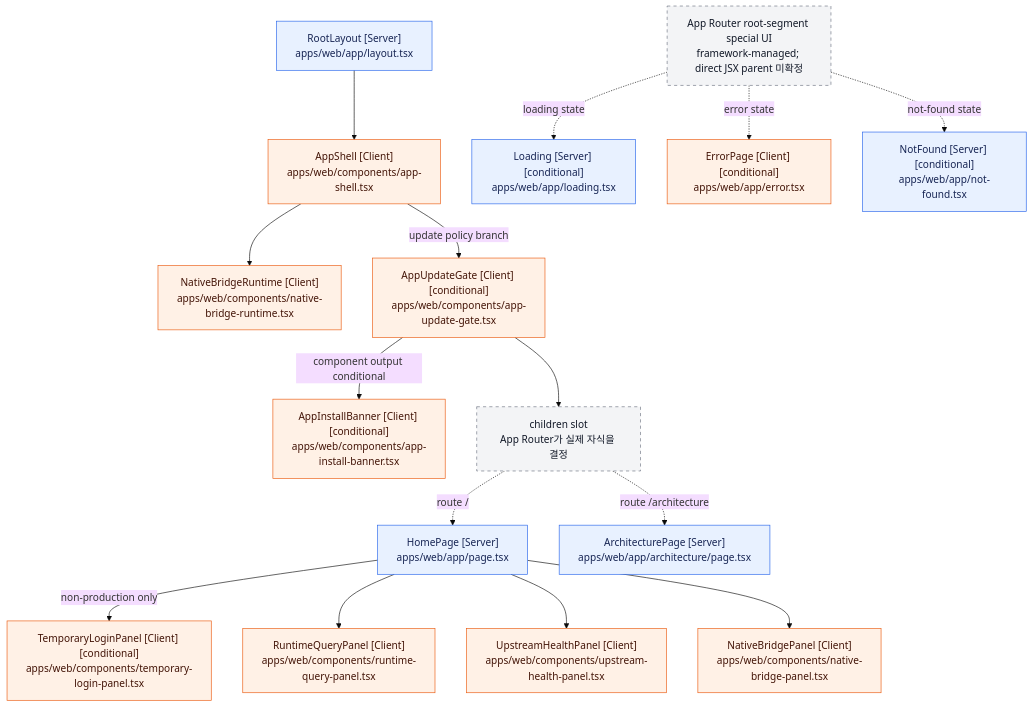
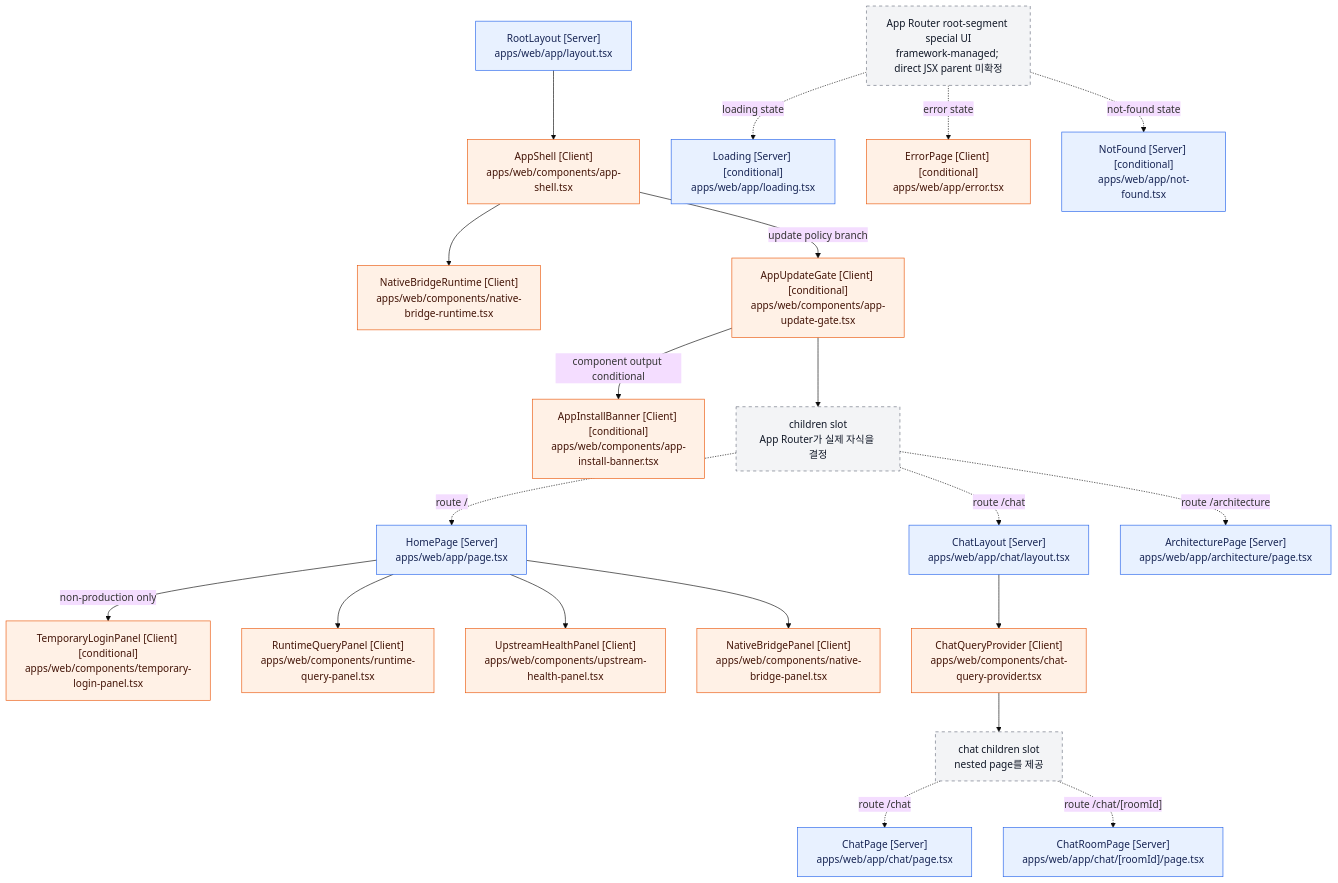
One commit to mokpombc17-coder/CIVIC-AI changed the diagram in docs/architecture/react-component-tree.md. Above: the diagram before and after it, drawn with Mermaid (base theme). The commit also changed other lines of this file and 8 other files, not shown here.

Commit message:
feat(web): add chat screens and query provider

````diff
--- a/docs/architecture/react-component-tree.md
+++ b/docs/architecture/react-component-tree.md
@@ -79,48 +102,60 @@
 ```mermaid
 flowchart TD
     RootLayout["RootLayout [Server]<br/>apps/web/app/layout.tsx"]
     AppShell["AppShell [Client]<br/>apps/web/components/app-shell.tsx"]
     NativeBridgeRuntime["NativeBridgeRuntime [Client]<br/>apps/web/components/native-bridge-runtime.tsx"]
     AppUpdateGate["AppUpdateGate [Client] [conditional]<br/>apps/web/components/app-update-gate.tsx"]
     AppInstallBanner["AppInstallBanner [Client] [conditional]<br/>apps/web/components/app-install-banner.tsx"]
     ChildrenSlot["children slot<br/>App Router가 실제 자식을 결정"]
 
     HomePage["HomePage [Server]<br/>apps/web/app/page.tsx"]
     TemporaryLoginPanel["TemporaryLoginPanel [Client] [conditional]<br/>apps/web/components/temporary-login-panel.tsx"]
     RuntimeQueryPanel["RuntimeQueryPanel [Client]<br/>apps/web/components/runtime-query-panel.tsx"]
     UpstreamHealthPanel["UpstreamHealthPanel [Client]<br/>apps/web/components/upstream-health-panel.tsx"]
     NativeBridgePanel["NativeBridgePanel [Client]<br/>apps/web/components/native-bridge-panel.tsx"]
+
+    ChatLayout["ChatLayout [Server]<br/>apps/web/app/chat/layout.tsx"]
+    ChatQueryProvider["ChatQueryProvider [Client]<br/>apps/web/components/chat-query-provider.tsx"]
+    ChatChildrenSlot["chat children slot<br/>nested page를 제공"]
+    ChatPage["ChatPage [Server]<br/>apps/web/app/chat/page.tsx"]
+    ChatRoomPage["ChatRoomPage [Server]<br/>apps/web/app/chat/[roomId]/page.tsx"]
 
     ArchitecturePage["ArchitecturePage [Server]<br/>apps/web/app/architecture/page.tsx"]
 
     SpecialBoundary["App Router root-segment special UI<br/>framework-managed; direct JSX parent 미확정"]
     Loading["Loading [Server] [conditional]<br/>apps/web/app/loading.tsx"]
     ErrorPage["ErrorPage [Client] [conditional]<br/>apps/web/app/error.tsx"]
     NotFound["NotFound [Server] [conditional]<br/>apps/web/app/not-found.tsx"]
 
     RootLayout --> AppShell
     AppShell --> NativeBridgeRuntime
     AppShell -->|"update policy branch"| AppUpdateGate
     AppUpdateGate -->|"component output conditional"| AppInstallBanner
     AppUpdateGate --> ChildrenSlot
 
     ChildrenSlot -. "route /" .-> HomePage
     HomePage -->|"non-production only"| TemporaryLoginPanel
     HomePage --> RuntimeQueryPanel
     HomePage --> UpstreamHealthPanel
     HomePage --> NativeBridgePanel
 
+    ChildrenSlot -. "route /chat" .-> ChatLayout
+    ChatLayout --> ChatQueryProvider
+    ChatQueryProvider --> ChatChildrenSlot
+    ChatChildrenSlot -. "route /chat" .-> ChatPage
+    ChatChildrenSlot -. "route /chat/[roomId]" .-> ChatRoomPage
+
     ChildrenSlot -. "route /architecture" .-> ArchitecturePage
 
     SpecialBoundary -. "loading state" .-> Loading
     SpecialBoundary -. "error state" .-> ErrorPage
     SpecialBoundary -. "not-found state" .-> NotFound
 
     classDef server fill:#e8f1ff,stroke:#2563eb,color:#172554;
     classDef client fill:#fff1e6,stroke:#ea580c,color:#431407;
     classDef framework fill:#f3f4f6,stroke:#6b7280,color:#111827,stroke-dasharray:5 5;
 
-    class RootLayout,HomePage,ArchitecturePage,Loading,NotFound server;
-    class AppShell,NativeBridgeRuntime,AppUpdateGate,AppInstallBanner,TemporaryLoginPanel,RuntimeQueryPanel,UpstreamHealthPanel,NativeBridgePanel,ErrorPage client;
-    class ChildrenSlot,SpecialBoundary framework;
+    class RootLayout,HomePage,ChatLayout,ChatPage,ChatRoomPage,ArchitecturePage,Loading,NotFound server;
+    class AppShell,NativeBridgeRuntime,AppUpdateGate,AppInstallBanner,TemporaryLoginPanel,RuntimeQueryPanel,UpstreamHealthPanel,NativeBridgePanel,ChatQueryProvider,ErrorPage client;
+    class ChildrenSlot,ChatChildrenSlot,SpecialBoundary framework;
 ```
````
